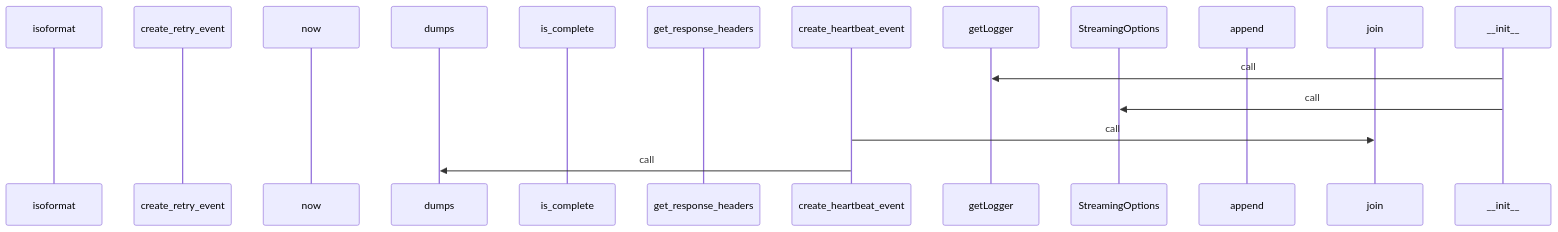
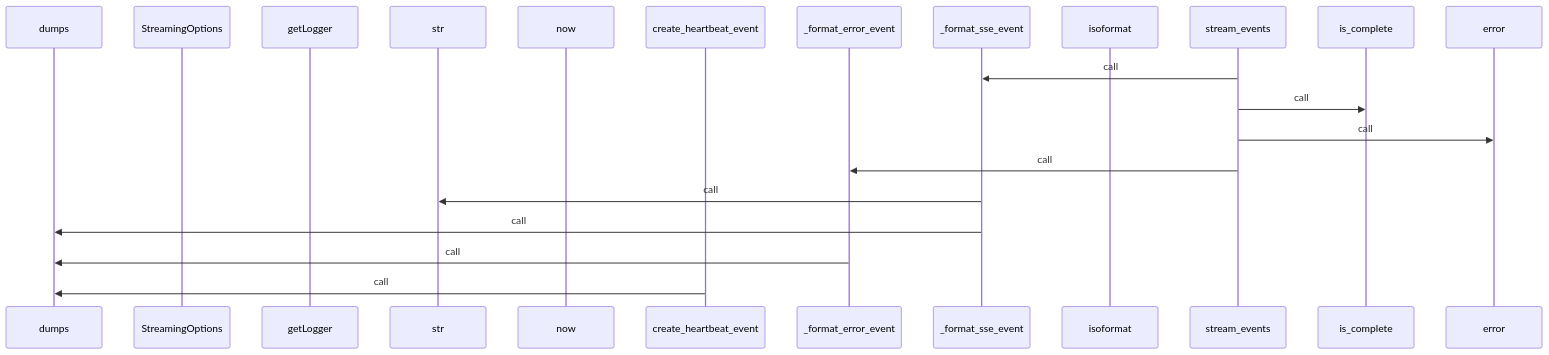
The third of 4 diagrams in generated_docs/rule_analyzer/streaming/protocols/sse.md (yeonjae-personal/codemuse-backend), drawn with Mermaid before and after one commit. The commit also changed other lines of this file and 3378 other files, not shown here.

````diff
--- a/generated_docs/rule_analyzer/streaming/protocols/sse.md
+++ b/generated_docs/rule_analyzer/streaming/protocols/sse.md
@@ -175,19 +175,23 @@
 ```mermaid
 sequenceDiagram
+  participant dumps as dumps
+  participant StreamingOptions as StreamingOptions
+  participant getLogger as getLogger
+  participant str as str
+  participant now as now
+  participant create_heartbeat_event as create_heartbeat_event
+  participant _format_error_event as _format_error_event
+  participant _format_sse_event as _format_sse_event
   participant isoformat as isoformat
-  participant create_retry_event as create_retry_event
-  participant now as now
-  participant dumps as dumps
+  participant stream_events as stream_events
   participant is_complete as is_complete
-  participant get_response_headers as get_response_headers
-  participant create_heartbeat_event as create_heartbeat_event
-  participant getLogger as getLogger
-  participant StreamingOptions as StreamingOptions
-  participant append as append
-  participant join as join
-  participant __init__ as __init__
-  __init__->>getLogger: call
-  __init__->>StreamingOptions: call
-  create_heartbeat_event->>join: call
+  participant error as error
+  stream_events->>_format_sse_event: call
+  stream_events->>is_complete: call
+  stream_events->>error: call
+  stream_events->>_format_error_event: call
+  _format_sse_event->>str: call
+  _format_sse_event->>dumps: call
+  _format_error_event->>dumps: call
   create_heartbeat_event->>dumps: call
 ```
````
